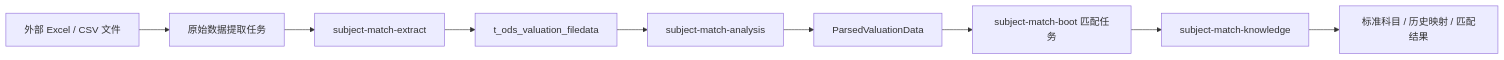
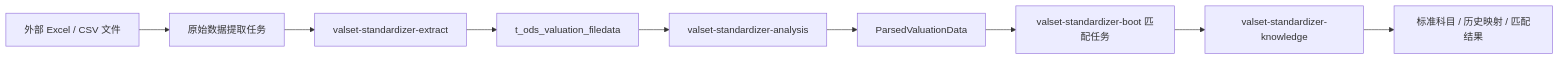
The first of 2 diagrams in docs/ods-analysis-architecture.md (iloveZzz/valset-standardizer-java), drawn with Mermaid before and after one commit. The commit also changed other lines of this file and 568 other files, not shown here.

````diff
--- a/docs/ods-analysis-architecture.md
+++ b/docs/ods-analysis-architecture.md
@@ -50,11 +50,11 @@
 ```mermaid
 flowchart LR
     A["外部 Excel / CSV 文件"] --> B["原始数据提取任务"]
-    B --> C["subject-match-extract"]
+    B --> C["valset-standardizer-extract"]
     C --> D["t_ods_valuation_filedata"]
-    D --> E["subject-match-analysis"]
+    D --> E["valset-standardizer-analysis"]
     E --> F["ParsedValuationData"]
-    F --> G["subject-match-boot 匹配任务"]
-    G --> H["subject-match-knowledge"]
+    F --> G["valset-standardizer-boot 匹配任务"]
+    G --> H["valset-standardizer-knowledge"]
     H --> I["标准科目 / 历史映射 / 匹配结果"]
 ```
````
